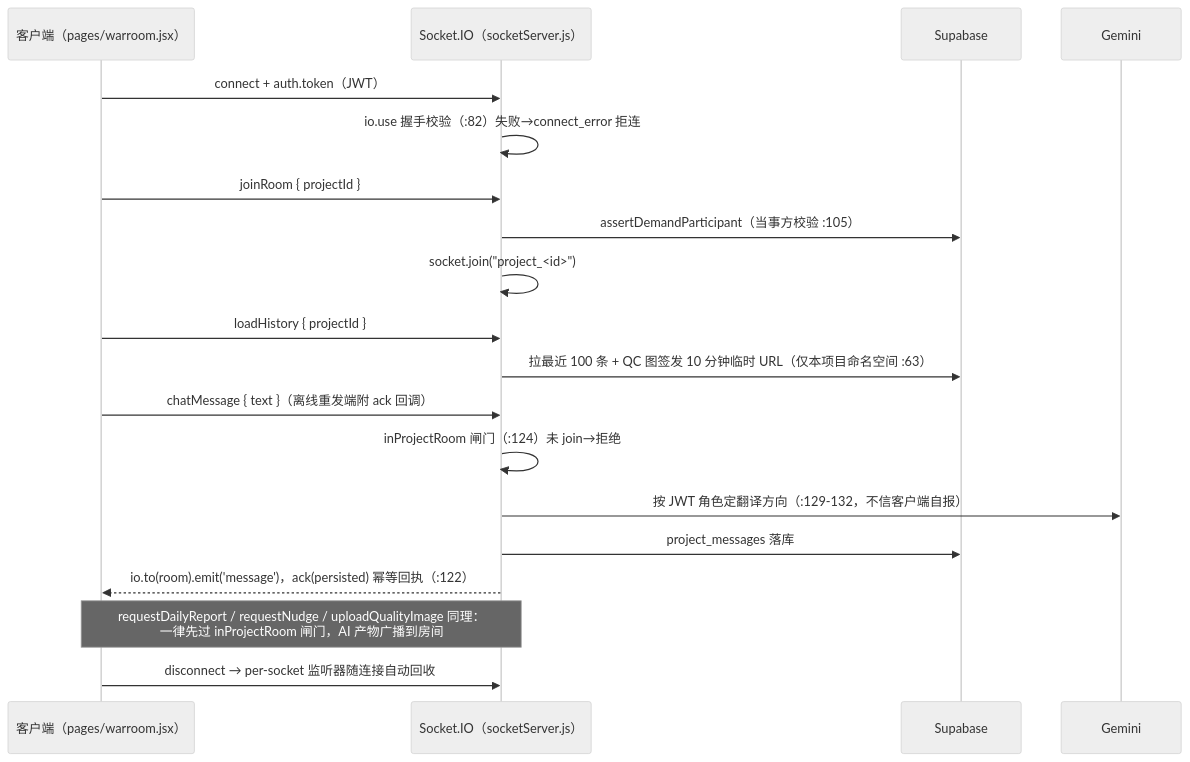
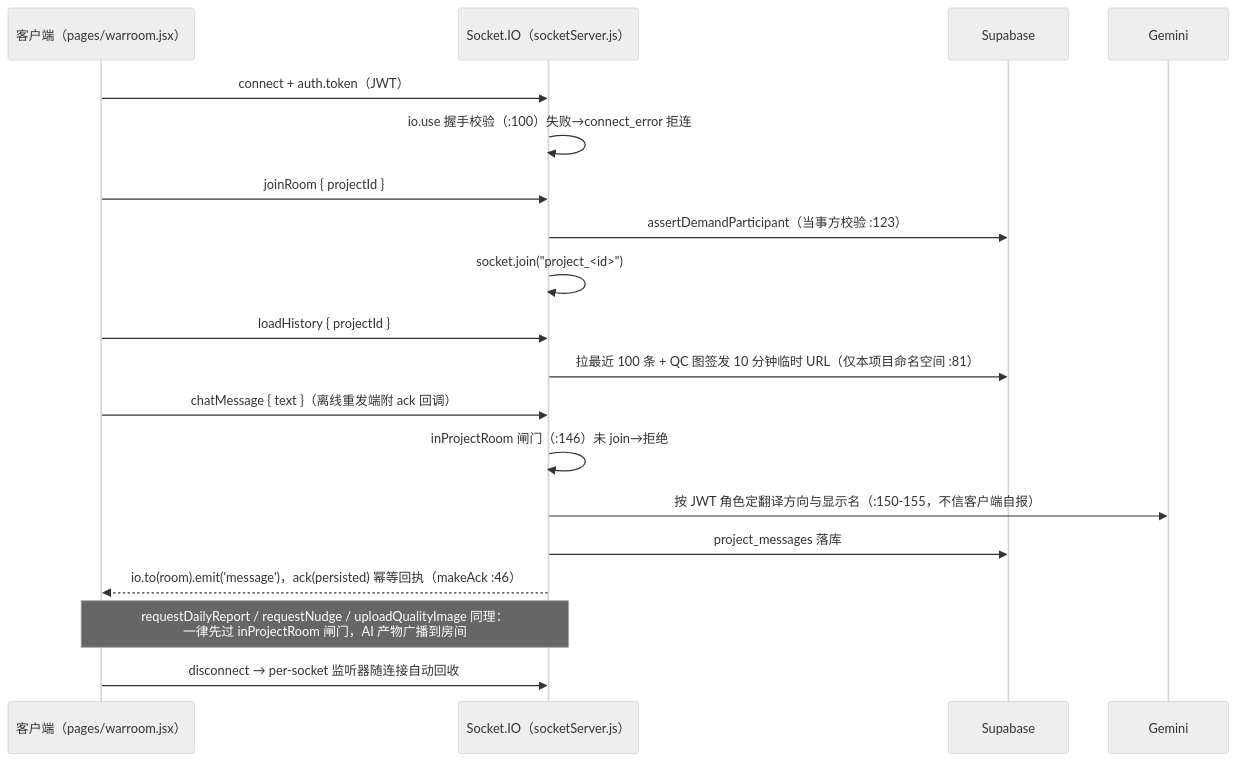
Before and after one commit to dinnar1407-code/talengineer: the second of 2 diagrams in ARCHITECTURE.md, drawn with Mermaid (neutral theme). The commit also changed other lines of this file, not shown here.

````diff
--- a/ARCHITECTURE.md
+++ b/ARCHITECTURE.md
@@ -61,22 +61,22 @@
 ```mermaid
 sequenceDiagram
     participant C as 客户端（pages/warroom.jsx）
     participant IO as Socket.IO（socketServer.js）
     participant DB as Supabase
     participant AI as Gemini
 
     C->>IO: connect + auth.token（JWT）
-    IO->>IO: io.use 握手校验（:82）失败→connect_error 拒连
+    IO->>IO: io.use 握手校验（:100）失败→connect_error 拒连
     C->>IO: joinRoom { projectId }
-    IO->>DB: assertDemandParticipant（当事方校验 :105）
+    IO->>DB: assertDemandParticipant（当事方校验 :123）
     IO->>IO: socket.join("project_<id>")
     C->>IO: loadHistory { projectId }
-    IO->>DB: 拉最近 100 条 + QC 图签发 10 分钟临时 URL（仅本项目命名空间 :63）
+    IO->>DB: 拉最近 100 条 + QC 图签发 10 分钟临时 URL（仅本项目命名空间 :81）
     C->>IO: chatMessage { text }（离线重发端附 ack 回调）
-    IO->>IO: inProjectRoom 闸门（:124）未 join→拒绝
-    IO->>AI: 按 JWT 角色定翻译方向（:129-132，不信客户端自报）
+    IO->>IO: inProjectRoom 闸门（:146）未 join→拒绝
+    IO->>AI: 按 JWT 角色定翻译方向与显示名（:150-155，不信客户端自报）
     IO->>DB: project_messages 落库
-    IO-->>C: io.to(room).emit('message')，ack(persisted) 幂等回执（:122）
+    IO-->>C: io.to(room).emit('message')，ack(persisted) 幂等回执（makeAck :46）
     Note over C,IO: requestDailyReport / requestNudge / uploadQualityImage 同理：<br/>一律先过 inProjectRoom 闸门，AI 产物广播到房间
     C->>IO: disconnect → per-socket 监听器随连接自动回收
 ```
````
